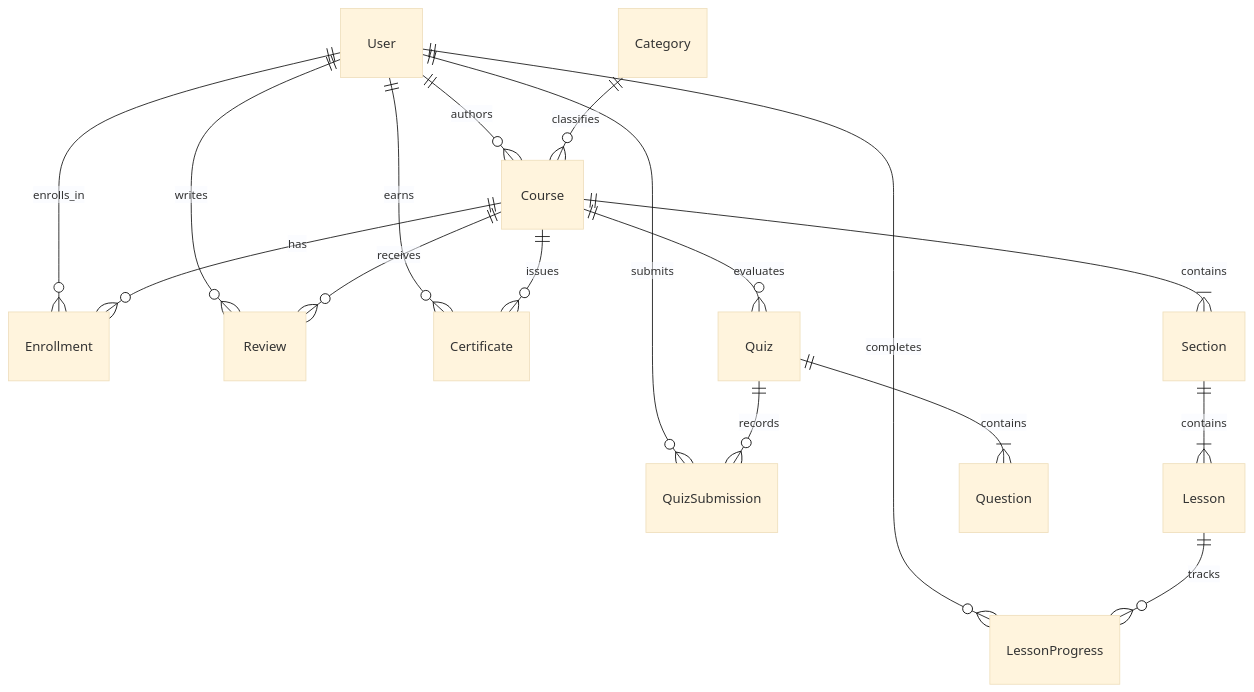
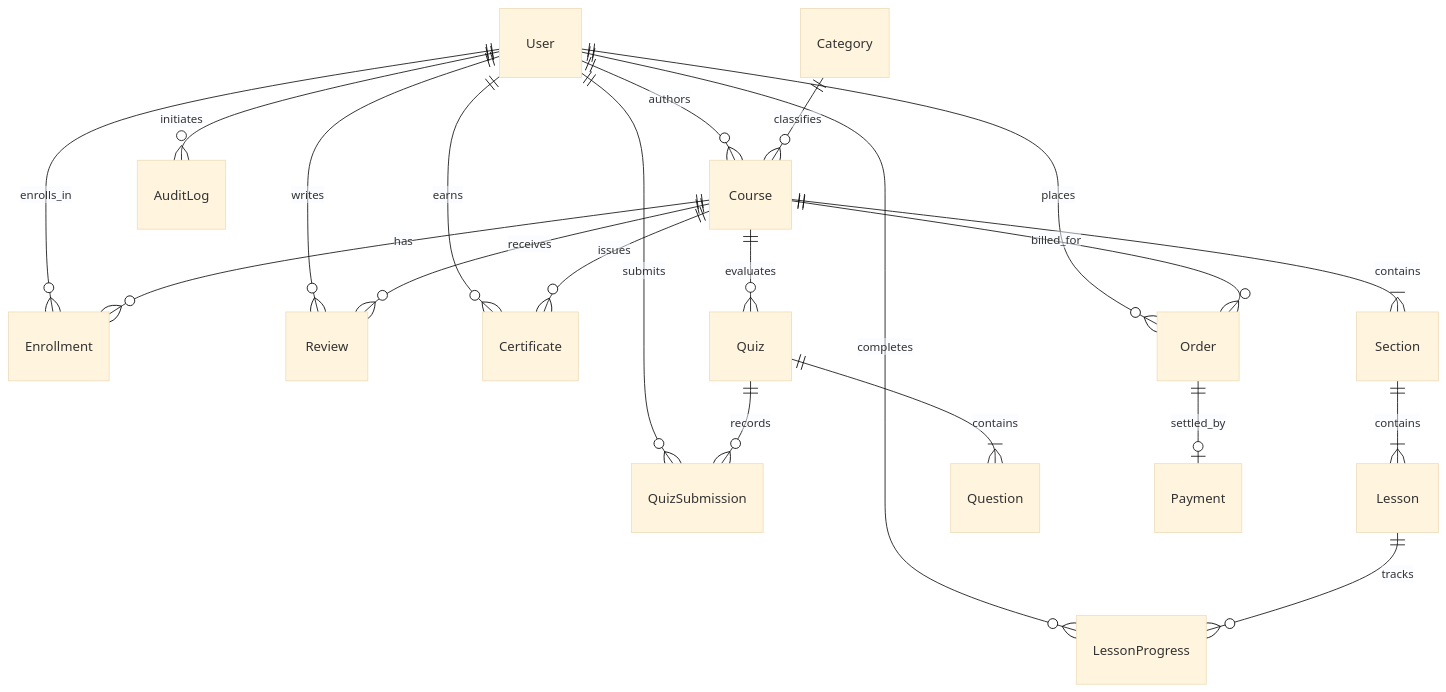
One commit to murtazakhan40/SkillNova-FYP changed the diagram in DATABASE_ARCHITECTURE.md. Above: the diagram before and after it, drawn with Mermaid (base theme). The commit also changed other lines of this file and 56 other files, not shown here.

````diff
--- a/DATABASE_ARCHITECTURE.md
+++ b/DATABASE_ARCHITECTURE.md
@@ -35,23 +42,28 @@
 ```mermaid
 erDiagram
     User ||--o{ Course : "authors"
     User ||--o{ Enrollment : "enrolls_in"
     User ||--o{ LessonProgress : "completes"
     User ||--o{ QuizSubmission : "submits"
     User ||--o{ Review : "writes"
     User ||--o{ Certificate : "earns"
+    User ||--o{ AuditLog : "initiates"
 
     Category ||--o{ Course : "classifies"
 
     Course ||--|{ Section : "contains"
     Course ||--o{ Enrollment : "has"
     Course ||--o{ Quiz : "evaluates"
     Course ||--o{ Review : "receives"
     Course ||--o{ Certificate : "issues"
 
     Section ||--|{ Lesson : "contains"
     Lesson ||--o{ LessonProgress : "tracks"
 
     Quiz ||--|{ Question : "contains"
     Quiz ||--o{ QuizSubmission : "records"
+
+    User ||--o{ Order : "places"
+    Course ||--o{ Order : "billed_for"
+    Order ||--o| Payment : "settled_by"
 ```
````
